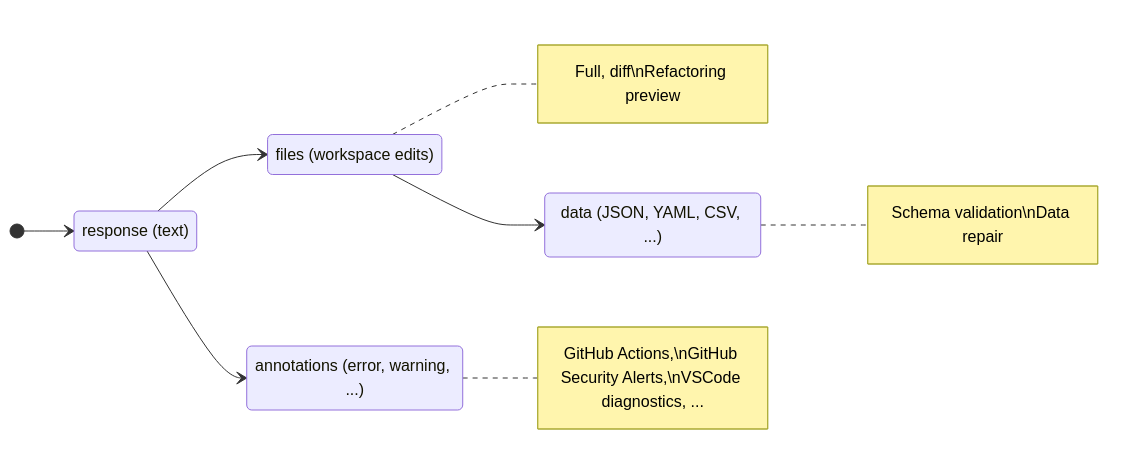
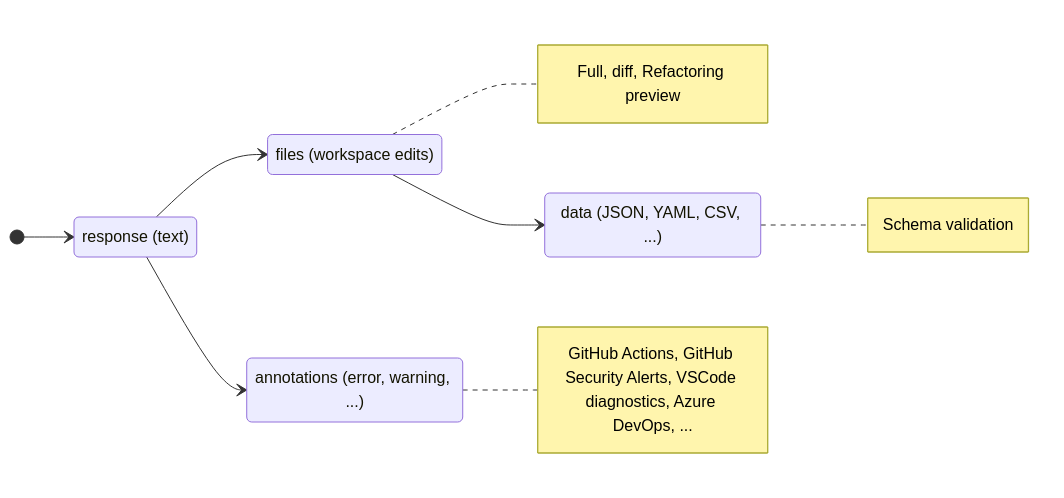
Before and after one commit to microsoft/genaiscript: the diagram in slides/pages/response-processing.md, drawn with Mermaid. The commit also changed 6 other files, not shown here.

````diff
--- a/slides/pages/response-processing.md
+++ b/slides/pages/response-processing.md
@@ -9,16 +9,16 @@
 ```mermaid {scale:0.8}
 
 stateDiagram
   direction LR
     response: response (text)
     files: files (workspace edits)
     data: data (JSON, YAML, CSV, ...)
     annotations: annotations (error, warning, ...)
-    note right of data: Schema validation\nData repair
-    note right of files: Full, diff\nRefactoring preview
-    note right of annotations: GitHub Actions,\nGitHub Security Alerts,\nVSCode diagnostics, ...
+    note right of data: Schema validation
+    note right of files: Full, diff, Refactoring preview
+    note right of annotations: GitHub Actions, GitHub Security Alerts, VSCode diagnostics, Azure DevOps, ...
     [*] --> response
     response --> files
     files --> data
     response --> annotations
 ```
````
